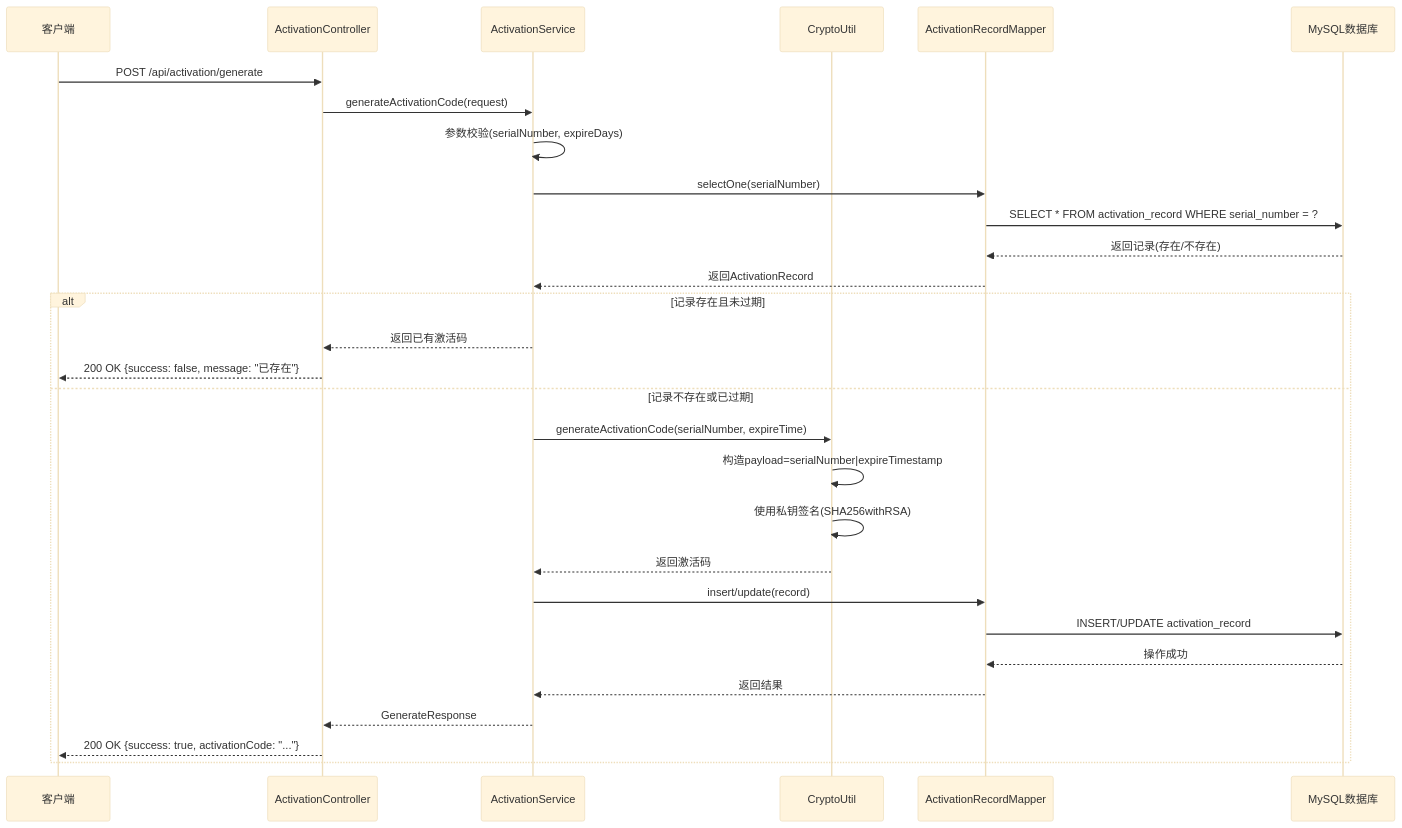
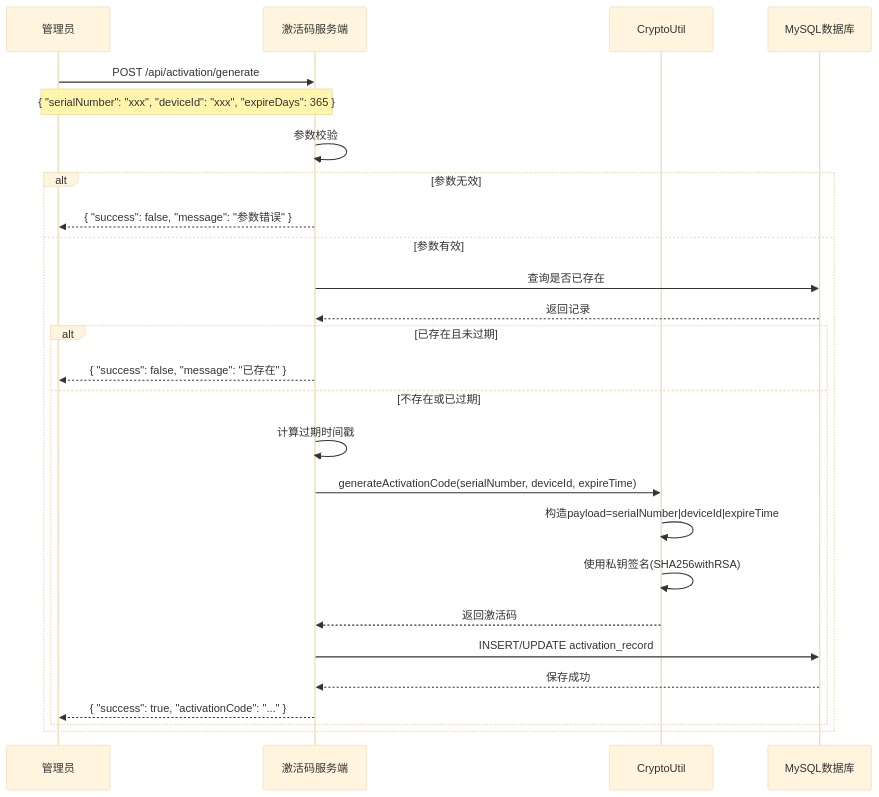
The fifth of 8 diagrams in active-manager/docs/design.md (jonesAriven/devtools), drawn with Mermaid (base theme) before and after one commit. The commit also changed other lines of this file and 69 other files, not shown here.

````diff
--- a/active-manager/docs/design.md
+++ b/active-manager/docs/design.md
@@ -58,33 +258,30 @@
 ```mermaid
 sequenceDiagram
-    participant Client as 客户端
-    participant Controller as ActivationController
-    participant Service as ActivationService
+    participant Admin as 管理员
+    participant Server as 激活码服务端
     participant Crypto as CryptoUtil
-    participant Mapper as ActivationRecordMapper
     participant DB as MySQL数据库
 
-    Client->>Controller: POST /api/activation/generate
-    Controller->>Service: generateActivationCode(request)
-    Service->>Service: 参数校验(serialNumber, expireDays)
-    Service->>Mapper: selectOne(serialNumber)
-    Mapper->>DB: SELECT * FROM activation_record WHERE serial_number = ?
-    DB-->>Mapper: 返回记录(存在/不存在)
-    Mapper-->>Service: 返回ActivationRecord
+    Admin->>Server: POST /api/activation/generate
+    Note over Admin,Server: { "serialNumber": "xxx", "deviceId": "xxx", "expireDays": 365 }
     
-    alt 记录存在且未过期
-        Service-->>Controller: 返回已有激活码
-        Controller-->>Client: 200 OK {success: false, message: "已存在"}
-    else 记录不存在或已过期
-        Service->>Crypto: generateActivationCode(serialNumber, expireTime)
-        Crypto->>Crypto: 构造payload=serialNumber|expireTimestamp
-        Crypto->>Crypto: 使用私钥签名(SHA256withRSA)
-        Crypto-->>Service: 返回激活码
-        Service->>Mapper: insert/update(record)
-        Mapper->>DB: INSERT/UPDATE activation_record
-        DB-->>Mapper: 操作成功
-        Mapper-->>Service: 返回结果
-        Service-->>Controller: GenerateResponse
-        Controller-->>Client: 200 OK {success: true, activationCode: "..."}
+    Server->>Server: 参数校验
+    alt 参数无效
+        Server-->>Admin: { "success": false, "message": "参数错误" }
+    else 参数有效
+        Server->>DB: 查询是否已存在
+        DB-->>Server: 返回记录
+        alt 已存在且未过期
+            Server-->>Admin: { "success": false, "message": "已存在" }
+        else 不存在或已过期
+            Server->>Server: 计算过期时间戳
+            Server->>Crypto: generateActivationCode(serialNumber, deviceId, expireTime)
+            Crypto->>Crypto: 构造payload=serialNumber|deviceId|expireTime
+            Crypto->>Crypto: 使用私钥签名(SHA256withRSA)
+            Crypto-->>Server: 返回激活码
+            Server->>DB: INSERT/UPDATE activation_record
+            DB-->>Server: 保存成功
+            Server-->>Admin: { "success": true, "activationCode": "..." }
+        end
     end
 ```
````
